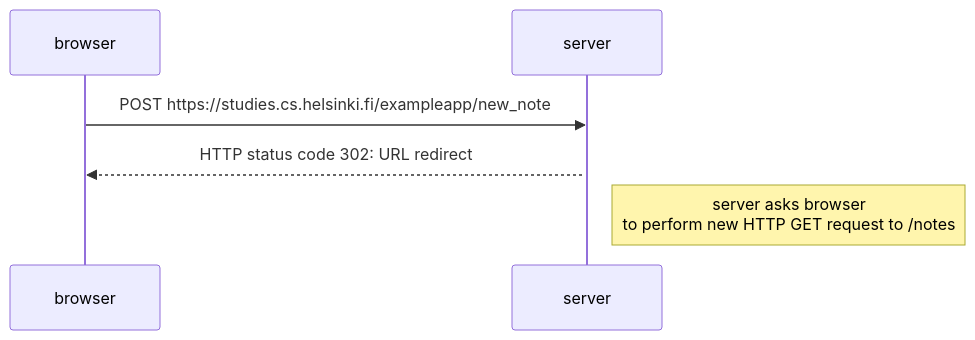
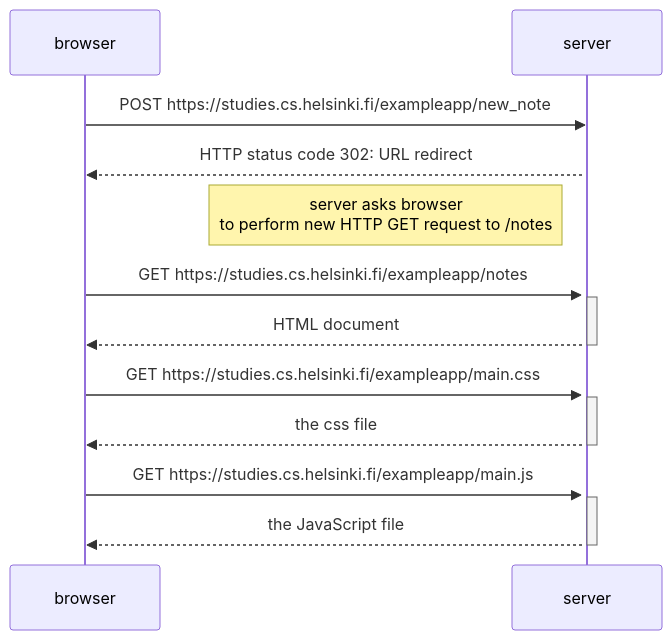
Before and after one commit to valli259/Fullstack-exercises: the diagram in part0/exercise0-4.md, drawn with Mermaid.

````diff
--- a/part0/exercise0-4.md
+++ b/part0/exercise0-4.md
@@ -1,9 +1,24 @@
 ```mermaid
   sequenceDiagram
     participant browser
     participant server
     browser->>server: POST https://studies.cs.helsinki.fi/exampleapp/new_note
 activate server
 server-->>browser: HTTP status code 302: URL redirect
-Note right of server: server asks browser <br> to perform new HTTP GET request to /notes
+Note left of server: server asks browser <br> to perform new HTTP GET request to /notes
+
+ browser->>server: GET https://studies.cs.helsinki.fi/exampleapp/notes
+    activate server
+    server-->>browser: HTML document
+    deactivate server
+
+    browser->>server: GET https://studies.cs.helsinki.fi/exampleapp/main.css
+    activate server
+    server-->>browser: the css file
+    deactivate server
+
+    browser->>server: GET https://studies.cs.helsinki.fi/exampleapp/main.js
+    activate server
+    server-->>browser: the JavaScript file
+    deactivate server
 ```
````
